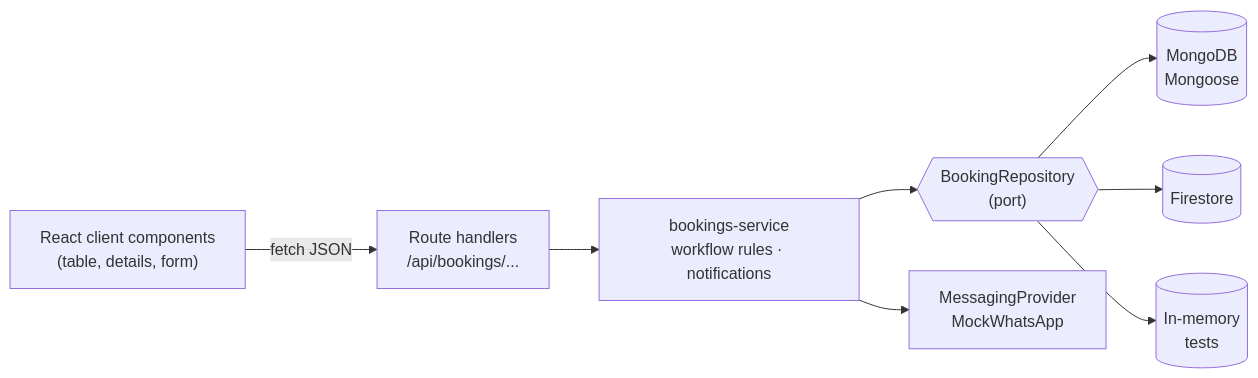
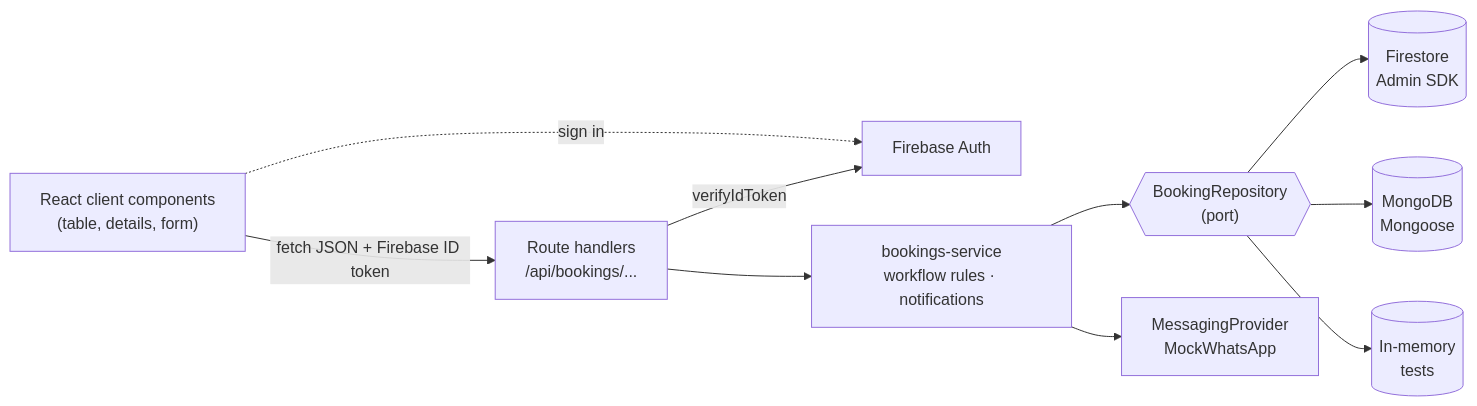
One commit to dchaudhari7177/aaradhya-setu-puja-dashboard changed the diagram in README.md. Above: the diagram before and after it, drawn with Mermaid. The commit also changed other lines of this file and 5 other files, not shown here.

First line of the commit message:
feat(firebase): run on Firestore + Auth in production; docs and CI

````diff
--- a/README.md
+++ b/README.md
@@ -64,10 +77,12 @@
 ```mermaid
 flowchart LR
-  UI["React client components<br/>(table, details, form)"] -- fetch JSON --> API["Route handlers<br/>/api/bookings/..."]
+  UI["React client components<br/>(table, details, form)"] -- "fetch JSON + Firebase ID token" --> API["Route handlers<br/>/api/bookings/..."]
+  UI -. sign in .-> FA["Firebase Auth"]
+  API -- verifyIdToken --> FA
   API --> SVC["bookings-service<br/>workflow rules · notifications"]
   SVC --> REPO{{"BookingRepository<br/>(port)"}}
   SVC --> WA["MessagingProvider<br/>MockWhatsApp"]
+  REPO --> F[(Firestore<br/>Admin SDK)]
   REPO --> M[(MongoDB<br/>Mongoose)]
-  REPO --> F[(Firestore)]
   REPO --> MEM[(In-memory<br/>tests)]
 ```
````
